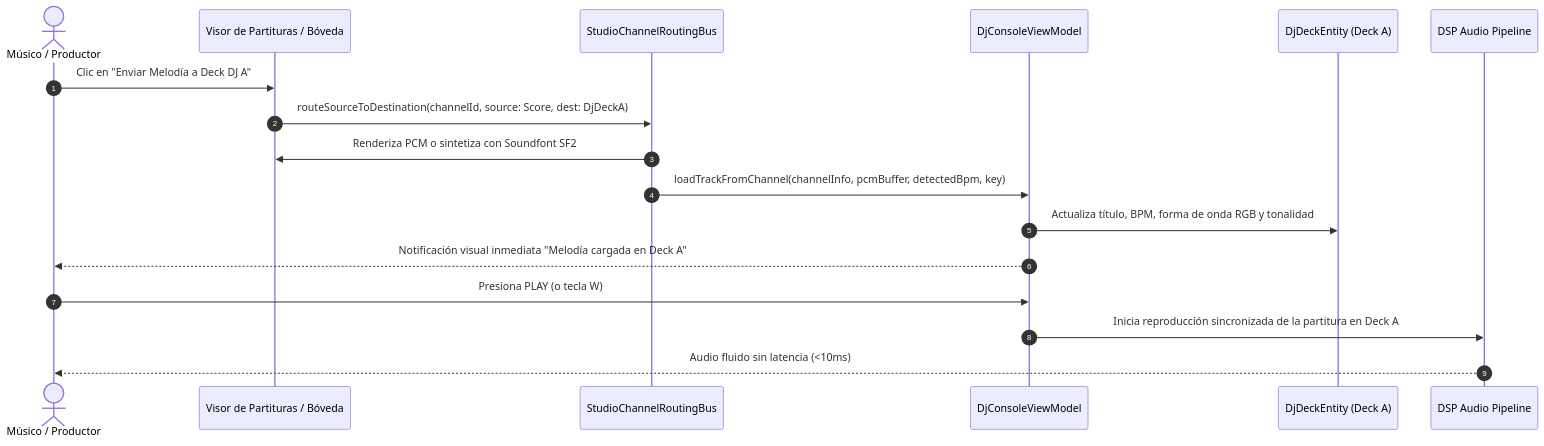
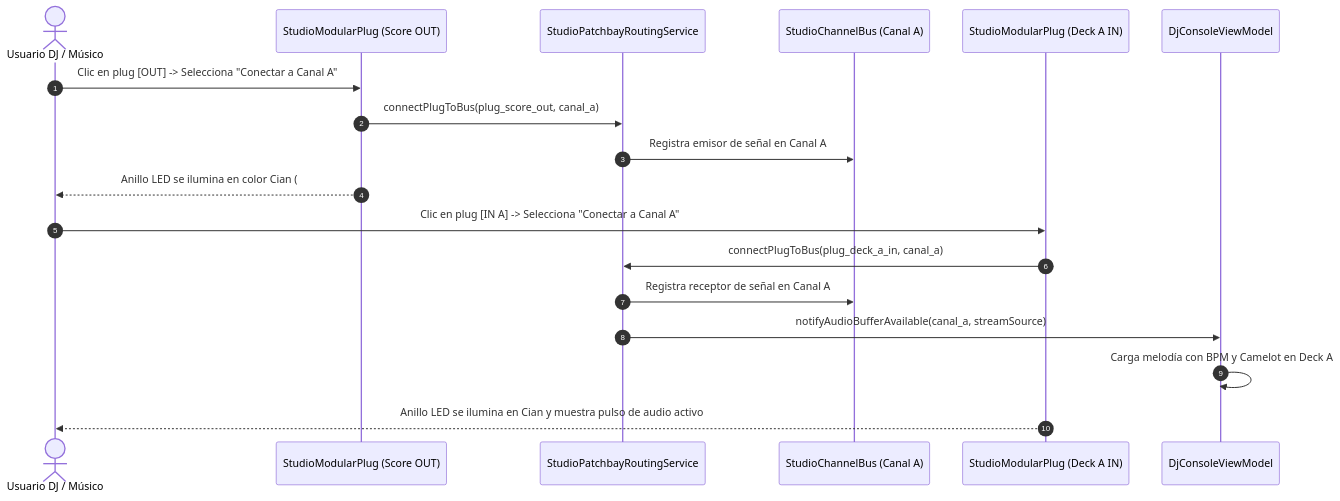
Before and after one commit to Nicolas11Leon/Tunner: the second of 2 diagrams in docs/02_use_cases/87_uc_universal_studio_channel_matrix_and_inter_tool_audio_routing_suite.md, drawn with Mermaid. The commit also changed other lines of this file and 13 other files, not shown here.

Commit message:
feat(channels): implement modular interactive plugs, trunk channels A/B/C/D and low-level DSP opcode routing (ADR 0077 & UC 87)

````diff
--- a/docs/02_use_cases/87_uc_universal_studio_channel_matrix_and_inter_tool_audio_routing_suite.md
+++ b/docs/02_use_cases/87_uc_universal_studio_channel_matrix_and_inter_tool_audio_routing_suite.md
@@ -64,21 +65,22 @@
 ```mermaid
 sequenceDiagram
     autonumber
-    actor Musician as Músico / Productor
-    participant ScoreView as Visor de Partituras / Bóveda
-    participant ChannelBus as StudioChannelRoutingBus
+    actor DJ as Usuario DJ / Músico
+    participant PlugScore as StudioModularPlug (Score OUT)
+    participant PatchService as StudioPatchbayRoutingService
+    participant BusA as StudioChannelBus (Canal A)
+    participant PlugDeckA as StudioModularPlug (Deck A IN)
     participant DJViewModel as DjConsoleViewModel
-    participant DJDeck as DjDeckEntity (Deck A)
-    participant AudioEngine as DSP Audio Pipeline
 
-    Musician->>ScoreView: Clic en "Enviar Melodía a Deck DJ A"
-    ScoreView->>ChannelBus: routeSourceToDestination(channelId, source: Score, dest: DjDeckA)
-    ChannelBus->>ScoreView: Renderiza PCM o sintetiza con Soundfont SF2
-    ChannelBus->>DJViewModel: loadTrackFromChannel(channelInfo, pcmBuffer, detectedBpm, key)
-    DJViewModel->>DJDeck: Actualiza título, BPM, forma de onda RGB y tonalidad
-    DJViewModel-->>Musician: Notificación visual inmediata "Melodía cargada en Deck A"
-    
-    Musician->>DJViewModel: Presiona PLAY (o tecla W)
-    DJViewModel->>AudioEngine: Inicia reproducción sincronizada de la partitura en Deck A
-    AudioEngine-->>Musician: Audio fluido sin latencia (<10ms)
+    DJ->>PlugScore: Clic en plug [OUT] -> Selecciona "Conectar a Canal A"
+    PlugScore->>PatchService: connectPlugToBus(plug_score_out, canal_a)
+    PatchService->>BusA: Registra emisor de señal en Canal A
+    PlugScore-->>DJ: Anillo LED se ilumina en color Cian (#00E5FF)
+
+    DJ->>PlugDeckA: Clic en plug [IN A] -> Selecciona "Conectar a Canal A"
+    PlugDeckA->>PatchService: connectPlugToBus(plug_deck_a_in, canal_a)
+    PatchService->>BusA: Registra receptor de señal en Canal A
+    PatchService->>DJViewModel: notifyAudioBufferAvailable(canal_a, streamSource)
+    DJViewModel->>DJViewModel: Carga melodía con BPM y Camelot en Deck A
+    PlugDeckA-->>DJ: Anillo LED se ilumina en Cian y muestra pulso de audio activo
 ```
````
